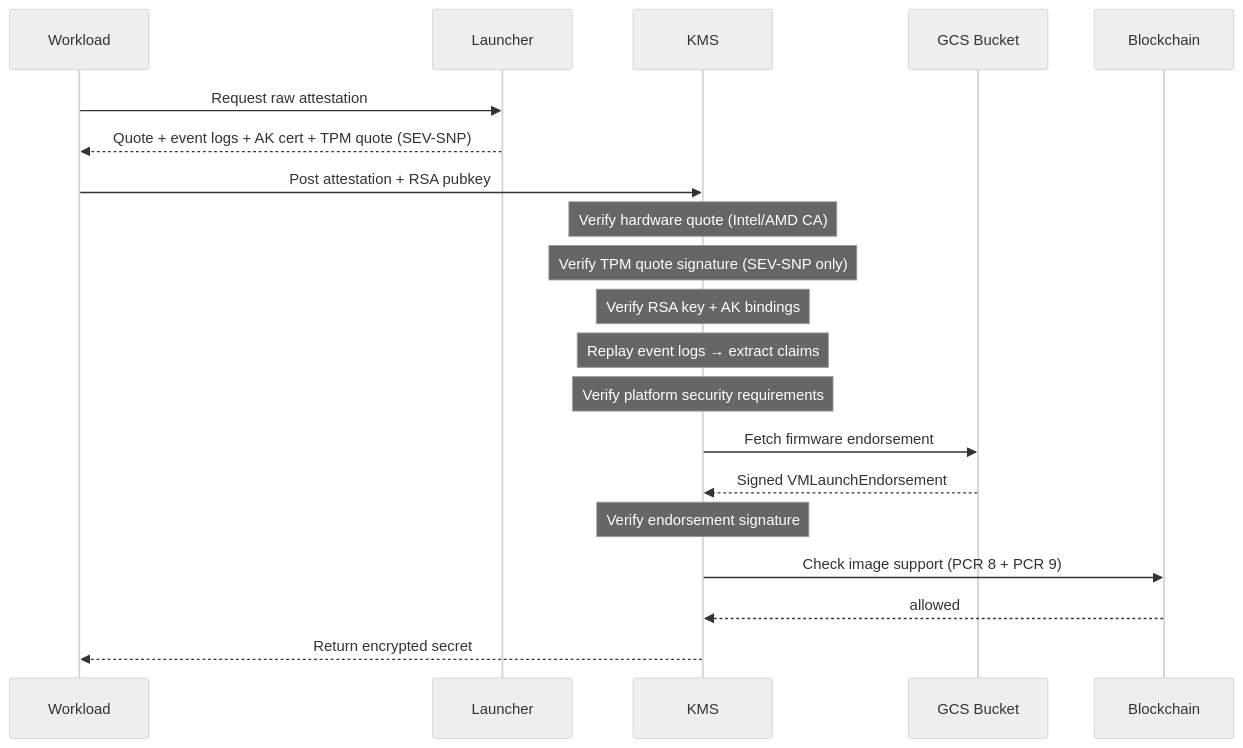
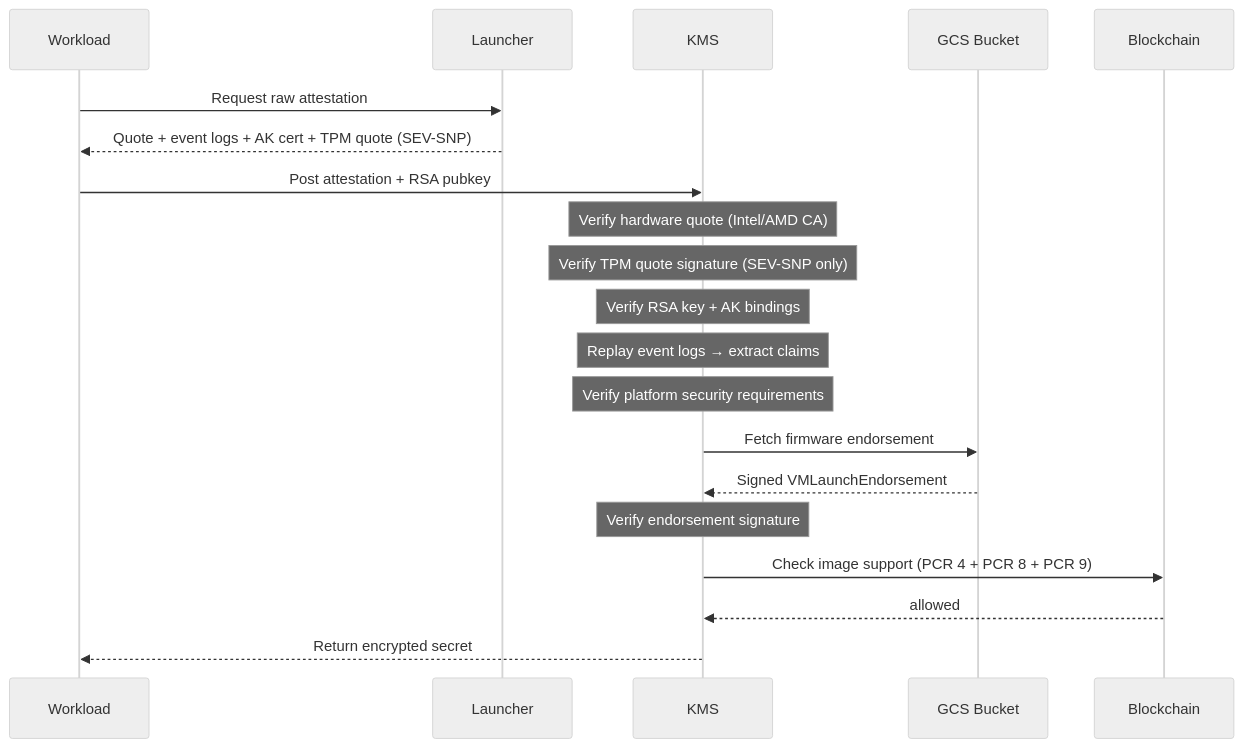
Before and after one commit to Layr-Labs/go-tpm-tools: the diagram in research/README.md, drawn with Mermaid (neutral theme). The commit also changed other lines of this file and 17 other files, not shown here.

Commit message:
docs: expand base image allowlist to include PCR 4 for boot chain validation

````diff
--- a/research/README.md
+++ b/research/README.md
@@ -145,27 +146,27 @@
 ```mermaid
 sequenceDiagram
     participant W as Workload
     participant L as Launcher
     participant K as KMS
     participant G as GCS Bucket
     participant B as Blockchain
 
     W->>L: Request raw attestation
     L-->>W: Quote + event logs + AK cert + TPM quote (SEV-SNP)
     W->>K: Post attestation + RSA pubkey
 
     Note over K: Verify hardware quote (Intel/AMD CA)
     Note over K: Verify TPM quote signature (SEV-SNP only)
     Note over K: Verify RSA key + AK bindings
     Note over K: Replay event logs → extract claims
     Note over K: Verify platform security requirements
 
     K->>G: Fetch firmware endorsement
     G-->>K: Signed VMLaunchEndorsement
     Note over K: Verify endorsement signature
 
-    K->>B: Check image support (PCR 8 + PCR 9)
+    K->>B: Check image support (PCR 4 + PCR 8 + PCR 9)
     B-->>K: allowed
 
     K-->>W: Return encrypted secret
 ```
````
